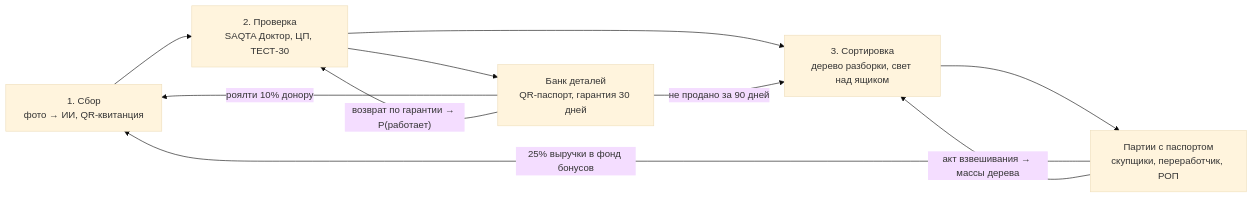
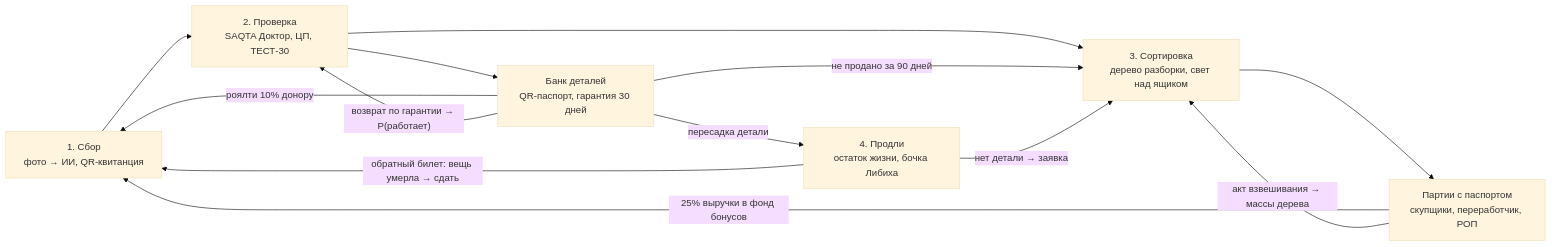
The diagram in README.md (smqlr/SAQTA), drawn with Mermaid (base theme) before and after one commit. The commit also changed other lines of this file and 17 other files, not shown here.

First line of the commit message:
Этап 4 «Сокращение — Продли»: остаток жизни вещи, бочка Либиха, пересадка из Банка деталей

````diff
--- a/README.md
+++ b/README.md
@@ -19,12 +20,15 @@
 ```mermaid
 flowchart LR
   A["1. Сбор<br/>фото → ИИ, QR-квитанция"] --> B["2. Проверка<br/>SAQTA Доктор, ЦП, ТЕСТ-30"]
   B --> E["Банк деталей<br/>QR-паспорт, гарантия 30 дней"]
   B --> C["3. Сортировка<br/>дерево разборки, свет над ящиком"]
   E -- "не продано за 90 дней" --> C
   C --> D["Партии с паспортом<br/>скупщики, переработчик, РОП"]
   D -- "25% выручки в фонд бонусов" --> A
   E -- "роялти 10% донору" --> A
   E -- "возврат по гарантии → P(работает)" --> B
   D -- "акт взвешивания → массы дерева" --> C
+  E -- "пересадка детали" --> F["4. Продли<br/>остаток жизни, бочка Либиха"]
+  F -- "нет детали → заявка" --> C
+  F -- "обратный билет: вещь умерла → сдать" --> A
 ```
````
